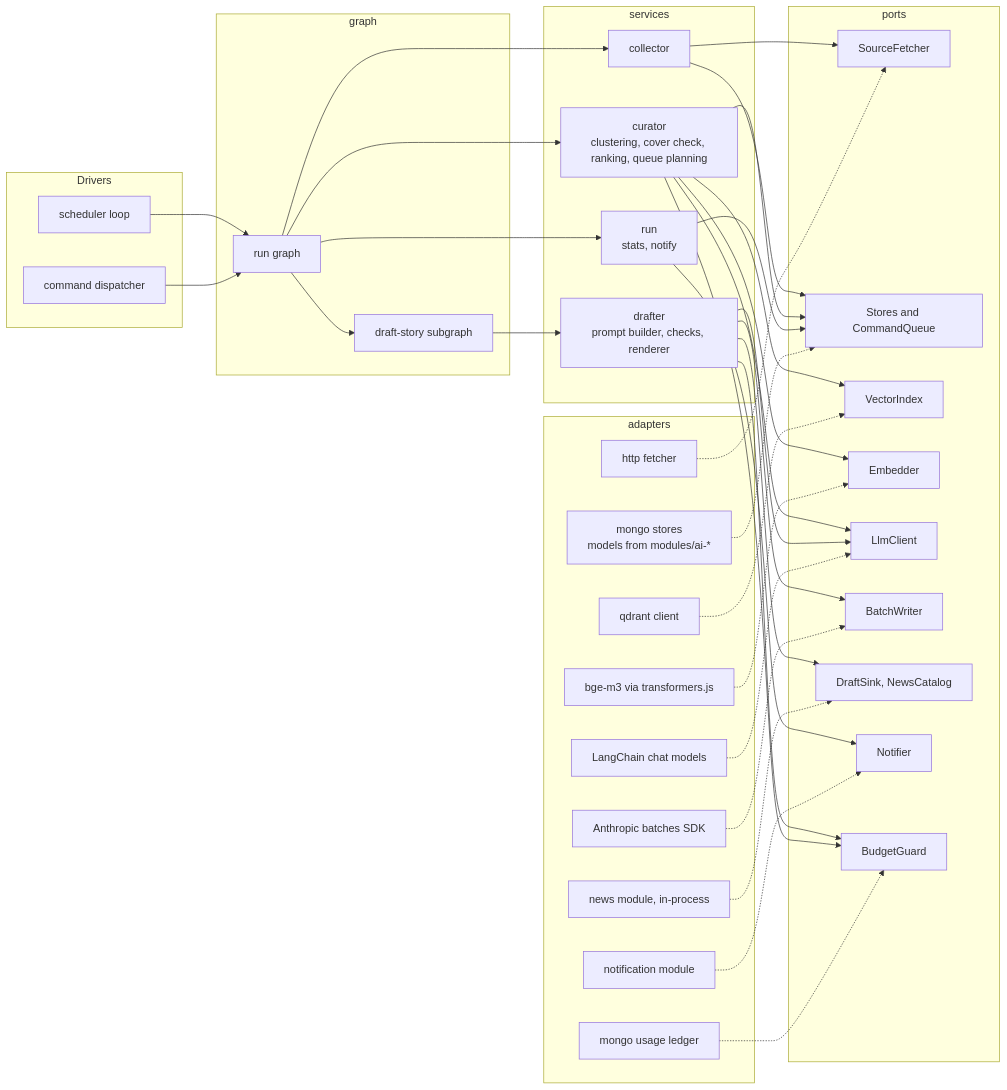
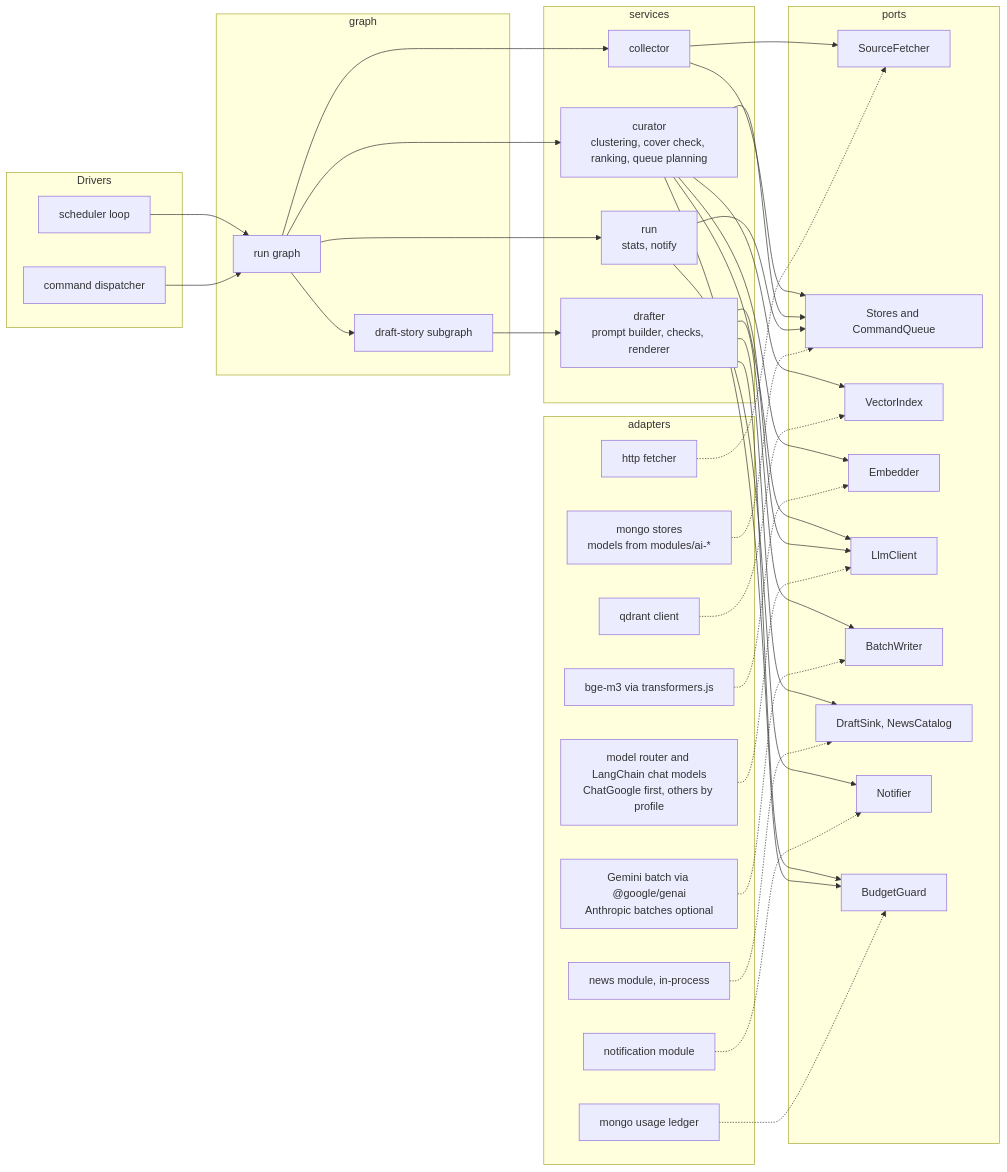
Before and after one commit to foysalahmedmin/z-news: the fifth of 20 diagrams in docs/ai-news-automation-plan.md, drawn with Mermaid. The commit also changed other lines of this file, not shown here.

Commit message:
docs: make Gemini the default model with a provider-agnostic model layer in AI news automation plan

````diff
--- a/docs/ai-news-automation-plan.md
+++ b/docs/ai-news-automation-plan.md
@@ -355,68 +355,68 @@
 ```mermaid
 flowchart LR
     subgraph DRV["Drivers"]
         LOOP["scheduler loop"]
         CMD["command dispatcher"]
     end
     subgraph GR["graph"]
         RG["run graph"]
         SG["draft-story subgraph"]
     end
     subgraph SV["services"]
         COL["collector"]
         CUR["curator<br/>clustering, cover check, ranking, queue planning"]
         DRA["drafter<br/>prompt builder, checks, renderer"]
         RUN["run<br/>stats, notify"]
     end
     subgraph PT["ports"]
         P1["SourceFetcher"]
         P2["Stores and CommandQueue"]
         P3["VectorIndex"]
         P4["Embedder"]
         P5["LlmClient"]
         P6["BatchWriter"]
         P7["DraftSink, NewsCatalog"]
         P8["Notifier"]
         P9["BudgetGuard"]
     end
     subgraph AD["adapters"]
         A1["http fetcher"]
         A2["mongo stores<br/>models from modules/ai-*"]
         A3["qdrant client"]
         A4["bge-m3 via transformers.js"]
-        A5["LangChain chat models"]
-        A6["Anthropic batches SDK"]
+        A5["model router and LangChain chat models<br/>ChatGoogle first, others by profile"]
+        A6["Gemini batch via @google/genai<br/>Anthropic batches optional"]
         A7["news module, in-process"]
         A8["notification module"]
         A9["mongo usage ledger"]
     end
     LOOP --> RG
     CMD --> RG
     RG --> SG
     RG --> COL
     RG --> CUR
     RG --> RUN
     SG --> DRA
     COL --> P1
     COL --> P2
     CUR --> P2
     CUR --> P3
     CUR --> P4
     CUR --> P5
     DRA --> P5
     DRA --> P6
     DRA --> P7
     DRA --> P9
     CUR --> P9
     RUN --> P8
     RUN --> P2
     A1 -.-> P1
     A2 -.-> P2
     A3 -.-> P3
     A4 -.-> P4
     A5 -.-> P5
     A6 -.-> P6
     A7 -.-> P7
     A8 -.-> P8
     A9 -.-> P9
 ```
````
